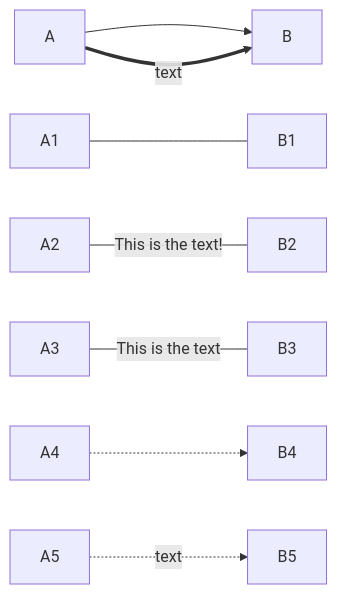
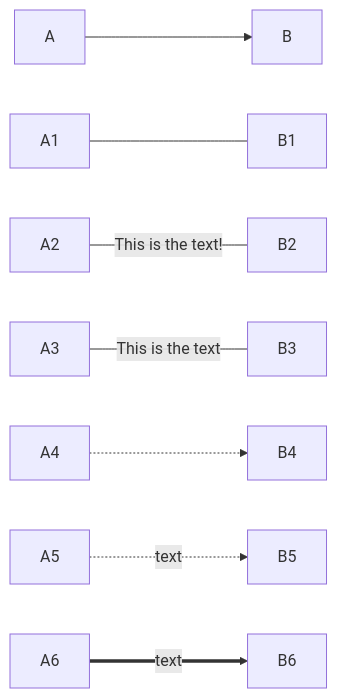
One commit to Stelios123/asd changed the diagram in charts_nodes.md. Above: the diagram before and after it, drawn with Mermaid.

````diff
--- a/charts_nodes.md
+++ b/charts_nodes.md
@@ -1,10 +1,10 @@
 ```mermaid
 flowchart LR
 A -->B
 A1 --- B1
 A2 -- This is the text! ---B2
 A3 ---|This is the text|B3
 A4-.->B4;
 A5-. text .-> B5
-A == text ==> B
+A6 == text ==> B6
 ```
````
